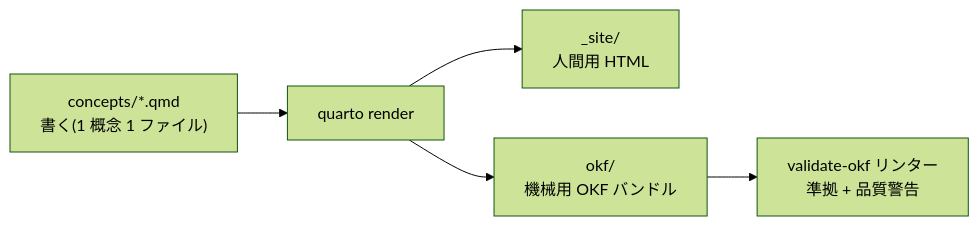
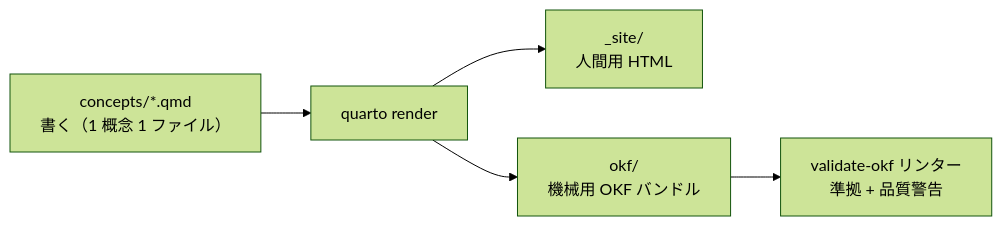
Before and after one commit to watanabe3tipapa/okf-seedling: the first of 2 diagrams in index.qmd, drawn with Mermaid (forest theme). The commit also changed other lines of this file and 2 other files, not shown here.

````diff
--- a/index.qmd
+++ b/index.qmd
@@ -35,7 +35,7 @@
 ```{mermaid}
 flowchart LR
-    Q["concepts/*.qmd<br>書く(1 概念 1 ファイル)"] --> L["quarto render"]
+    Q["concepts/*.qmd<br>書く（1 概念 1 ファイル）"] --> L["quarto render"]
     L --> H["_site/<br>人間用 HTML"]
     L --> O["okf/<br>機械用 OKF バンドル"]
     O --> V["validate-okf リンター<br>準拠 + 品質警告"]
 ```
````
